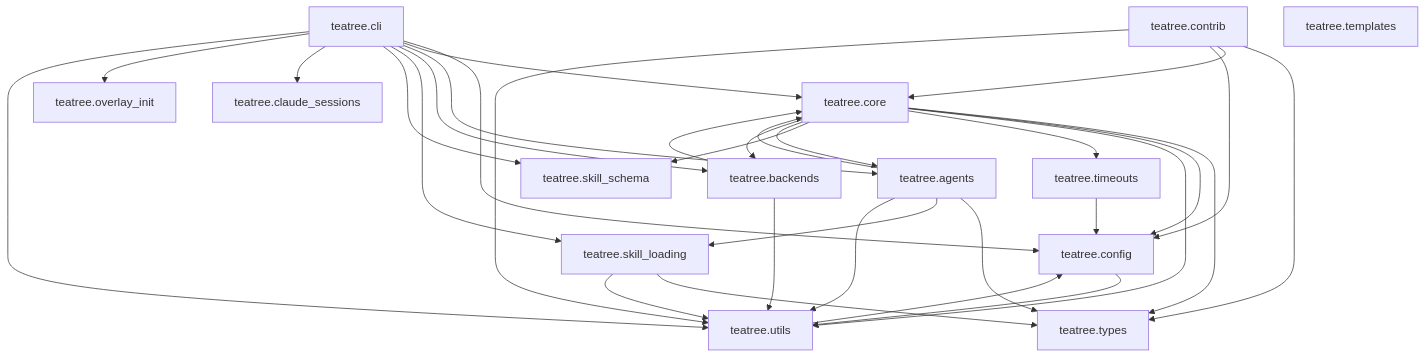
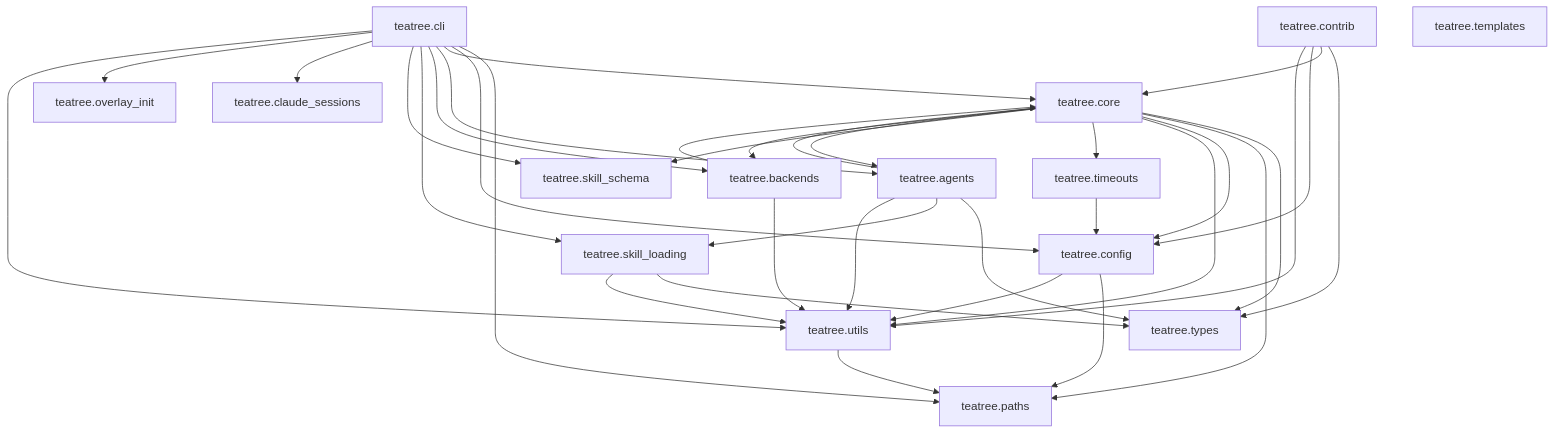
The sixth of 6 diagrams in BLUEPRINT.md (souliane/teatree), drawn with Mermaid before and after one commit. The commit also changed other lines of this file and 22 other files, not shown here.

First line of the commit message:
refactor(arch): break config ↔ utils circular dependency

````diff
--- a/BLUEPRINT.md
+++ b/BLUEPRINT.md
@@ -1629,39 +1630,43 @@
 ```mermaid
 graph TD
+    teatree.config --> teatree.paths
     teatree.config --> teatree.utils
-    teatree.utils --> teatree.config
+    teatree.utils --> teatree.paths
     teatree.timeouts --> teatree.config
     teatree.skill_loading --> teatree.types
     teatree.skill_loading --> teatree.utils
     teatree.core --> teatree.types
+    teatree.core --> teatree.paths
     teatree.core --> teatree.config
     teatree.core --> teatree.utils
     teatree.core --> teatree.timeouts
     teatree.core --> teatree.skill_schema
     teatree.core --> teatree.agents
     teatree.core --> teatree.backends
     teatree.agents --> teatree.types
     teatree.agents --> teatree.core
     teatree.agents --> teatree.skill_loading
     teatree.agents --> teatree.utils
     teatree.backends --> teatree.utils
     teatree.backends --> teatree.core
     teatree.contrib --> teatree.types
     teatree.contrib --> teatree.core
     teatree.contrib --> teatree.config
     teatree.contrib --> teatree.utils
+    teatree.cli --> teatree.paths
     teatree.cli --> teatree.config
     teatree.cli --> teatree.core
     teatree.cli --> teatree.agents
     teatree.cli --> teatree.backends
     teatree.cli --> teatree.skill_loading
     teatree.cli --> teatree.skill_schema
     teatree.cli --> teatree.claude_sessions
     teatree.cli --> teatree.overlay_init
     teatree.cli --> teatree.utils
+    teatree.paths
     teatree.types
     teatree.templates
     teatree.claude_sessions
     teatree.overlay_init
     teatree.skill_schema
 ```
````
